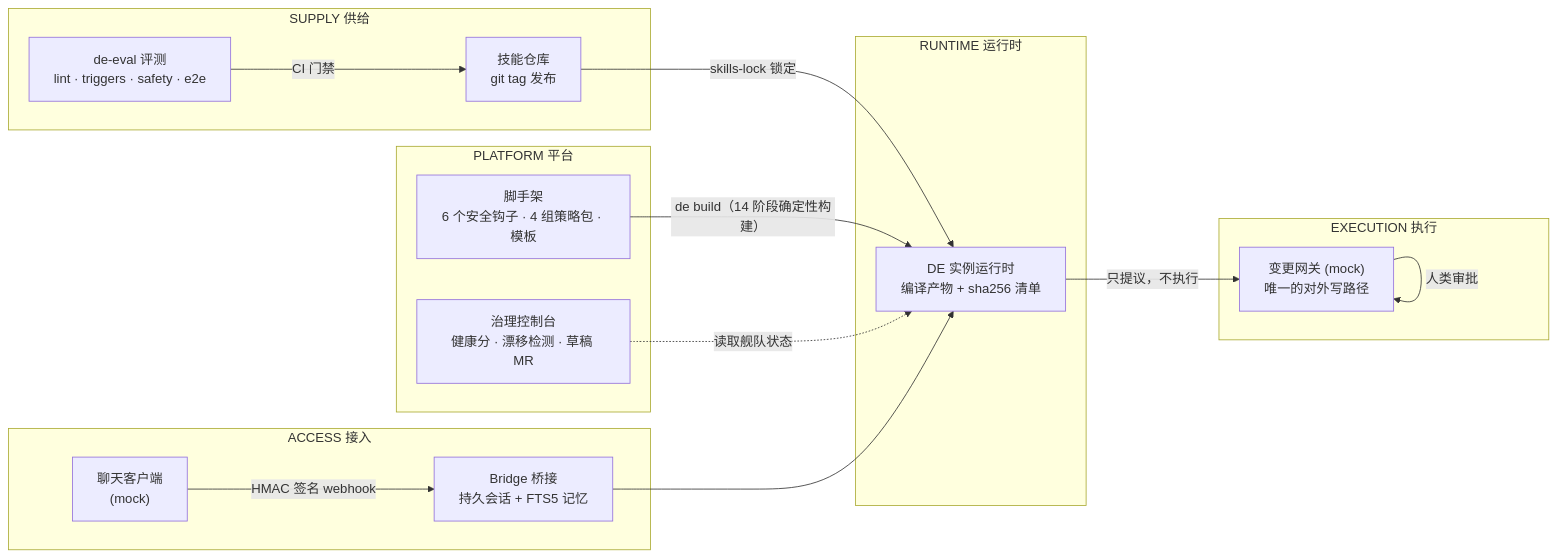
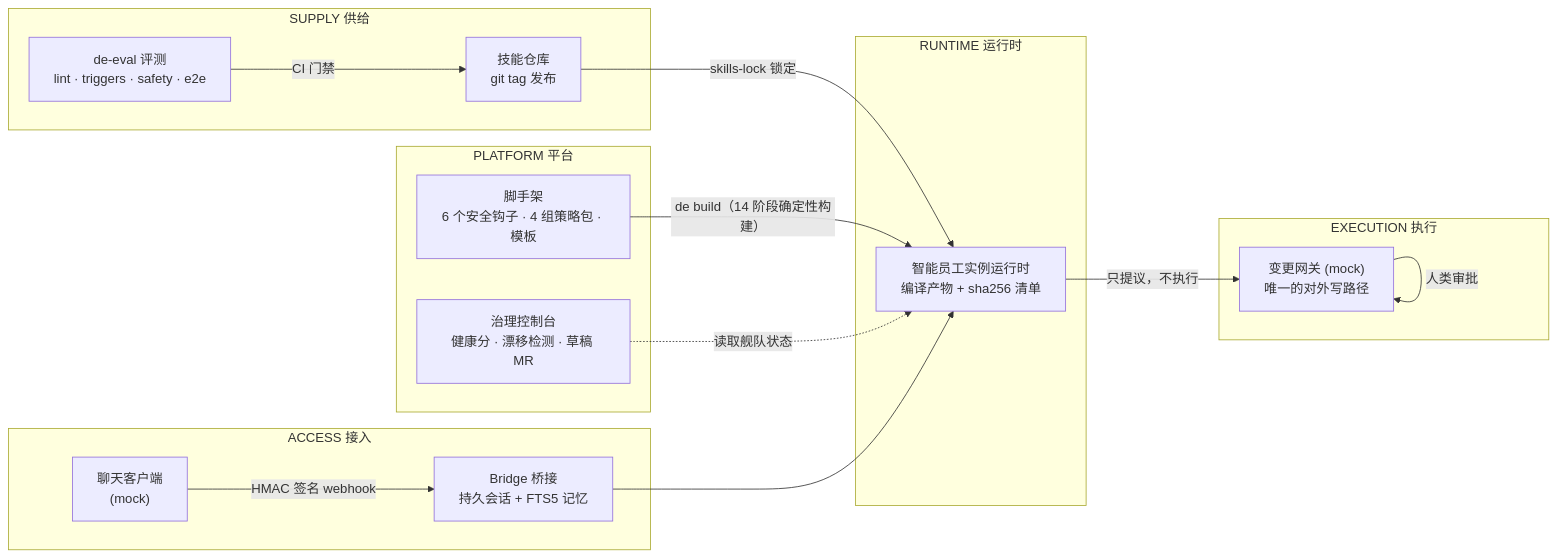
One commit to arthaszyb/bright-talent changed the diagram in README.zh-CN.md. Above: the diagram before and after it, drawn with Mermaid. The commit also changed other lines of this file and 41 other files, not shown here.

````diff
--- a/README.zh-CN.md
+++ b/README.zh-CN.md
@@ -25,32 +25,32 @@
 ```mermaid
 flowchart LR
     subgraph 接入层[ACCESS 接入]
         chat["聊天客户端<br/>(mock)"] -->|HMAC 签名 webhook| bridge["Bridge 桥接<br/>持久会话 + FTS5 记忆"]
     end
 
     subgraph 平台层[PLATFORM 平台]
         scaffold["脚手架<br/>6 个安全钩子 · 4 组策略包 · 模板"]
         console["治理控制台<br/>健康分 · 漂移检测 · 草稿 MR"]
     end
 
     subgraph 供给层[SUPPLY 供给]
         skills["技能仓库<br/>git tag 发布"]
         eval["de-eval 评测<br/>lint · triggers · safety · e2e"]
         eval -->|CI 门禁| skills
     end
 
     subgraph 运行时[RUNTIME 运行时]
-        de["DE 实例运行时<br/>编译产物 + sha256 清单"]
+        de["智能员工实例运行时<br/>编译产物 + sha256 清单"]
     end
 
     subgraph 执行层[EXECUTION 执行]
         gw["变更网关 (mock)<br/>唯一的对外写路径"]
     end
 
     scaffold -->|"de build（14 阶段确定性构建）"| de
     skills -->|skills-lock 锁定| de
     bridge --> de
     de -->|"只提议，不执行"| gw
     gw -->|人类审批| gw
     console -.->|读取舰队状态| de
 ```
````
